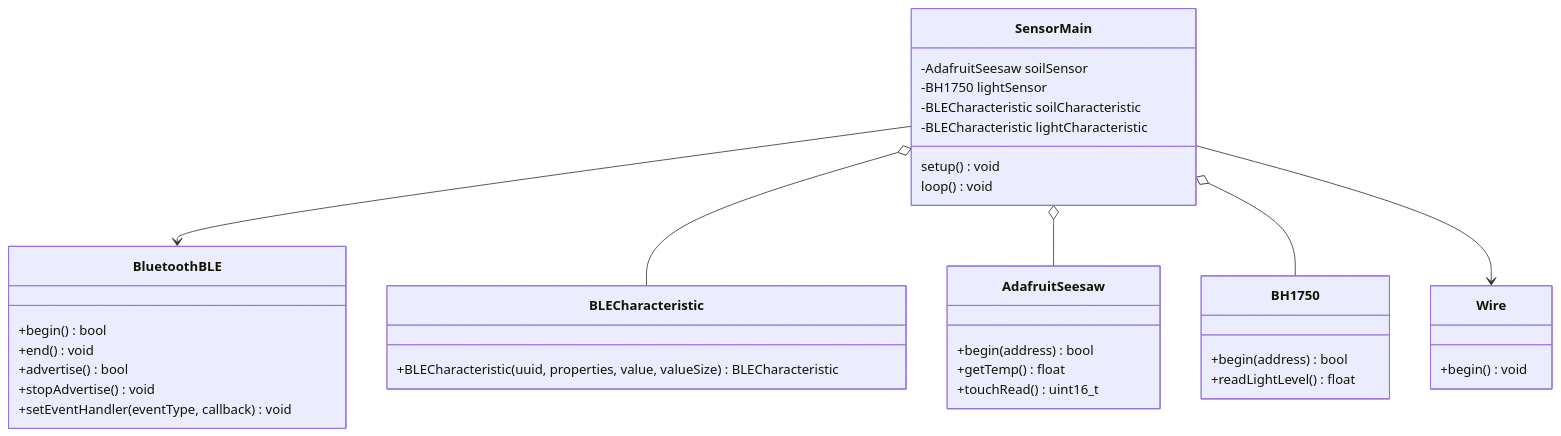
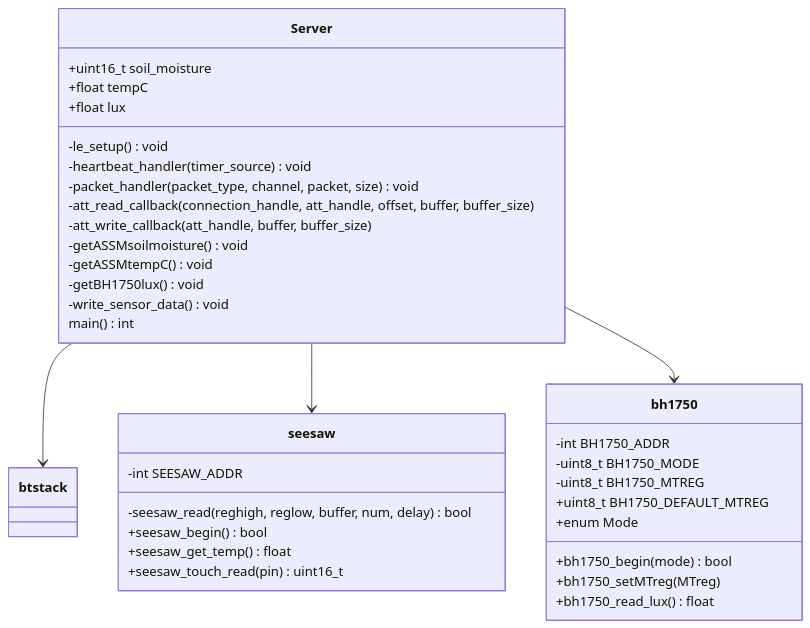
One commit to Capstone-Projects-2023-Fall/project-garden-sensor-array changed the diagram in documentation/docs/system-architecture/class_diagrams.md. Above: the diagram before and after it, drawn with Mermaid. The commit also changed other lines of this file, not shown here.

Commit message:
Updates to SCU class diagram and description

````diff
--- a/documentation/docs/system-architecture/class_diagrams.md
+++ b/documentation/docs/system-architecture/class_diagrams.md
@@ -19,44 +19,46 @@
 ```mermaid
 classDiagram
-    SensorMain --> BluetoothBLE
-    SensorMain o-- BLECharacteristic 
-    SensorMain o-- AdafruitSeesaw
-    SensorMain o-- BH1750
-    SensorMain --> Wire
+    Server --> btstack 
+    Server --> seesaw
+    Server --> bh1750
     
-    class SensorMain{
-        -AdafruitSeesaw soilSensor
-        -BH1750 lightSensor
-        -BLECharacteristic soilCharacteristic
-        -BLECharacteristic lightCharacteristic
-        setup() void
-        loop() void
+    class Server{
+        +uint16_t soil_moisture
+        +float tempC
+        +float lux
+        -le_setup() void
+        -heartbeat_handler(timer_source) void
+        -packet_handler(packet_type, channel, packet, size) void
+        -att_read_callback(connection_handle, att_handle, offset, buffer, buffer_size)
+        -att_write_callback(att_handle, buffer, buffer_size)
+        -getASSMsoilmoisture() void
+        -getASSMtempC() void
+        -getBH1750lux() void
+        -write_sensor_data() void
+        
+        main() int
     }
 
-    class BluetoothBLE{
-        +begin() bool
-        +end() void
-        +advertise() bool
-        +stopAdvertise() void
-        +setEventHandler(eventType, callback) void
+    class btstack{
+        
     }
 
-    class BLECharacteristic{
-        +BLECharacteristic(uuid, properties, value, valueSize) BLECharacteristic
+    class seesaw{
+        -int SEESAW_ADDR
+        -seesaw_read(reghigh, reglow, buffer, num, delay) bool
+        +seesaw_begin() bool
+        +seesaw_get_temp() float
+        +seesaw_touch_read(pin) uint16_t
     }
 
-    class AdafruitSeesaw{
-        +begin(address) bool
-        +getTemp() float
-        +touchRead() uint16_t
-    }
-
-    class BH1750{
-        +begin(address) bool
-        +readLightLevel() float
-    }
-
-    class Wire{
-        +begin() void
+    class bh1750{
+        -int BH1750_ADDR
+        -uint8_t BH1750_MODE
+        -uint8_t BH1750_MTREG
+        +uint8_t BH1750_DEFAULT_MTREG
+        +enum Mode
+        +bh1750_begin(mode) bool
+        +bh1750_setMTreg(MTreg)
+        +bh1750_read_lux() float
     }
 ```
````
